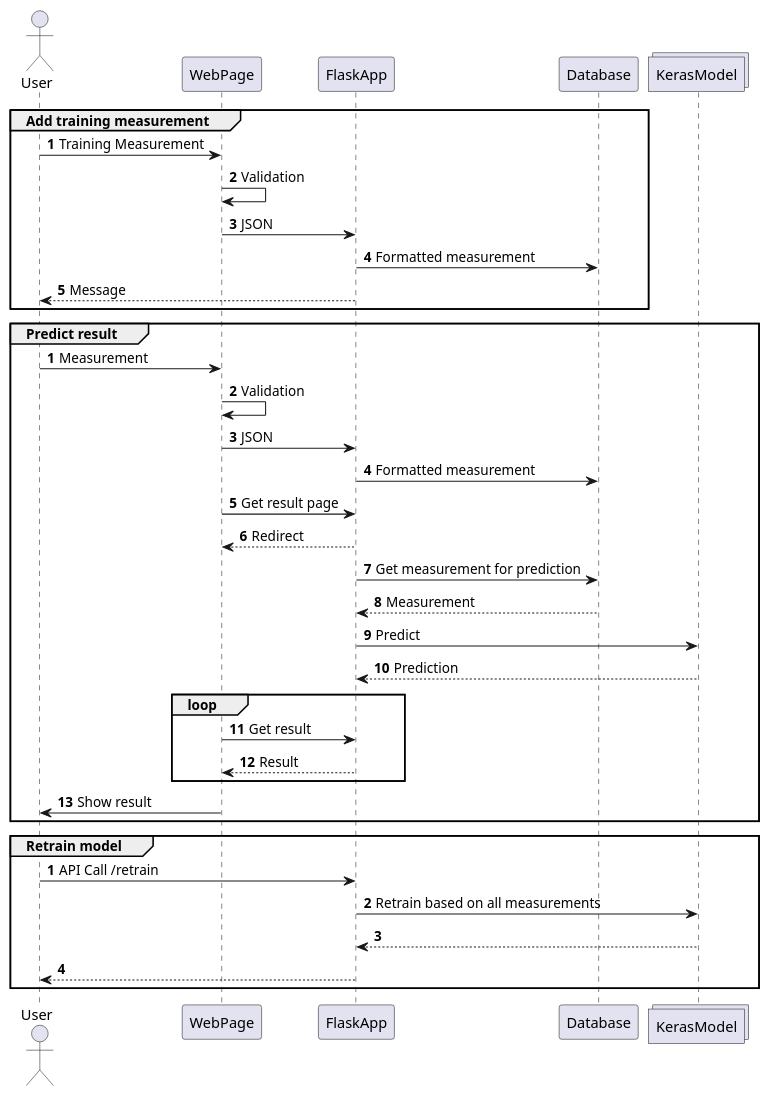
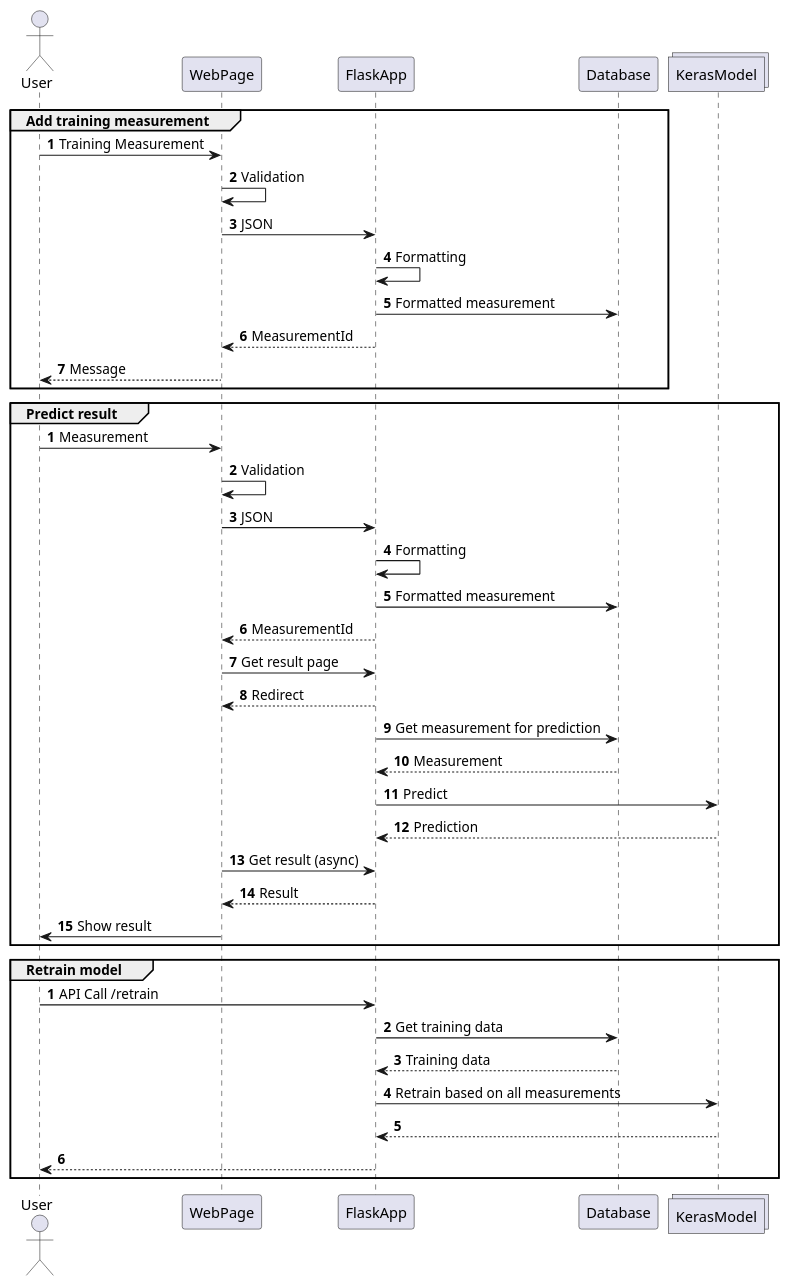
One commit to drpawel/Thesis changed the diagram in diagram/diagram.puml. Above: the diagram before and after it, drawn with PlantUML.

```diff
--- a/diagram/diagram.puml
+++ b/diagram/diagram.puml
@@ -1,44 +1,48 @@
 @startuml
 actor User
 participant WebPage
 participant FlaskApp
 participant Database
 collections KerasModel
 
 group Add training measurement
 autonumber
 User -> WebPage: Training Measurement
 WebPage -> WebPage: Validation
 WebPage -> FlaskApp: JSON
+FlaskApp -> FlaskApp: Formatting
 FlaskApp -> Database: Formatted measurement
-FlaskApp --> User: Message
+FlaskApp --> WebPage: MeasurementId
+WebPage --> User: Message
 end
 
 group Predict result
 autonumber
 User -> WebPage: Measurement
 WebPage -> WebPage: Validation
 WebPage -> FlaskApp: JSON
+FlaskApp -> FlaskApp: Formatting
 FlaskApp -> Database: Formatted measurement
+FlaskApp -->WebPage: MeasurementId
 WebPage -> FlaskApp: Get result page
 FlaskApp --> WebPage: Redirect
 FlaskApp -> Database: Get measurement for prediction
 Database --> FlaskApp: Measurement
 FlaskApp -> KerasModel: Predict
 KerasModel --> FlaskApp: Prediction
-loop
-WebPage -> FlaskApp: Get result
+WebPage -> FlaskApp: Get result (async)
 FlaskApp --> WebPage: Result
-end
 WebPage -> User: Show result
 end
 
 group Retrain model
 autonumber
 User -> FlaskApp: API Call /retrain
+FlaskApp -> Database: Get training data
+Database --> FlaskApp: Training data
 FlaskApp -> KerasModel: Retrain based on all measurements
 KerasModel --> FlaskApp
 FlaskApp --> User
 end
 
 @enduml
```
